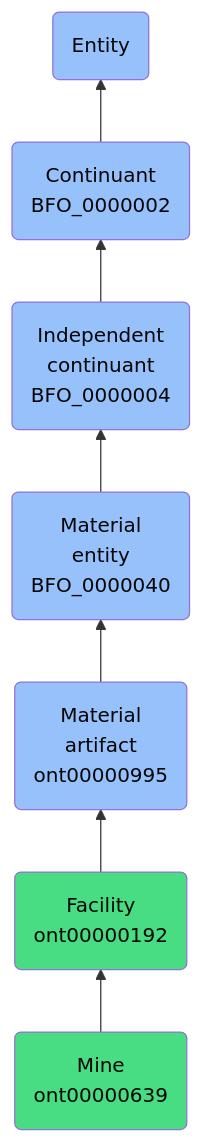
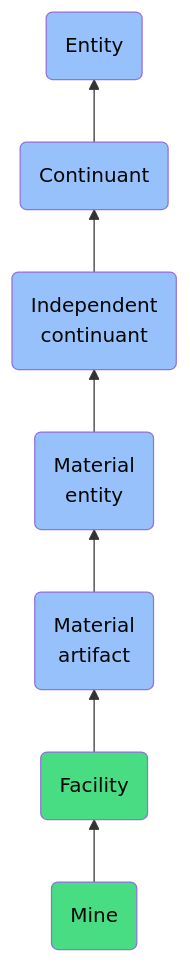
Before and after one commit to jupyter-naas/abi: the diagram in docs/ontology/reference/model/Entity/Continuant/Independent continuant/Material entity/Material artifact/Facility/Mine/Mine.md, drawn with Mermaid. The commit also changed other lines of this file and 1430 other files, not shown here.

````diff
--- a/docs/ontology/reference/model/Entity/Continuant/Independent continuant/Material entity/Material artifact/Facility/Mine/Mine.md
+++ b/docs/ontology/reference/model/Entity/Continuant/Independent continuant/Material entity/Material artifact/Facility/Mine/Mine.md
@@ -24,14 +24,14 @@
 ```mermaid
 graph BT
-    ont00000639(Mine<br>ont00000639):::ABI-->ont00000192
-    ont00000192(Facility<br>ont00000192):::ABI-->ont00000995
-    ont00000995(Material<br>artifact<br>ont00000995):::BFO-->BFO_0000040
-    BFO_0000040(Material<br>entity<br>BFO_0000040):::BFO-->BFO_0000004
-    BFO_0000004(Independent<br>continuant<br>BFO_0000004):::BFO-->BFO_0000002
-    BFO_0000002(Continuant<br>BFO_0000002):::BFO-->BFO_0000001
+    ont00000639(Mine):::ABI-->ont00000192
+    ont00000192(Facility):::ABI-->ont00000995
+    ont00000995(Material<br>artifact):::BFO-->BFO_0000040
+    BFO_0000040(Material<br>entity):::BFO-->BFO_0000004
+    BFO_0000004(Independent<br>continuant):::BFO-->BFO_0000002
+    BFO_0000002(Continuant):::BFO-->BFO_0000001
     BFO_0000001(Entity):::BFO
     
     classDef BFO fill:#97c1fb,color:#060606
     classDef CCO fill:#e4c51e,color:#060606
     classDef ABI fill:#48DD82,color:#060606
 ```
````
